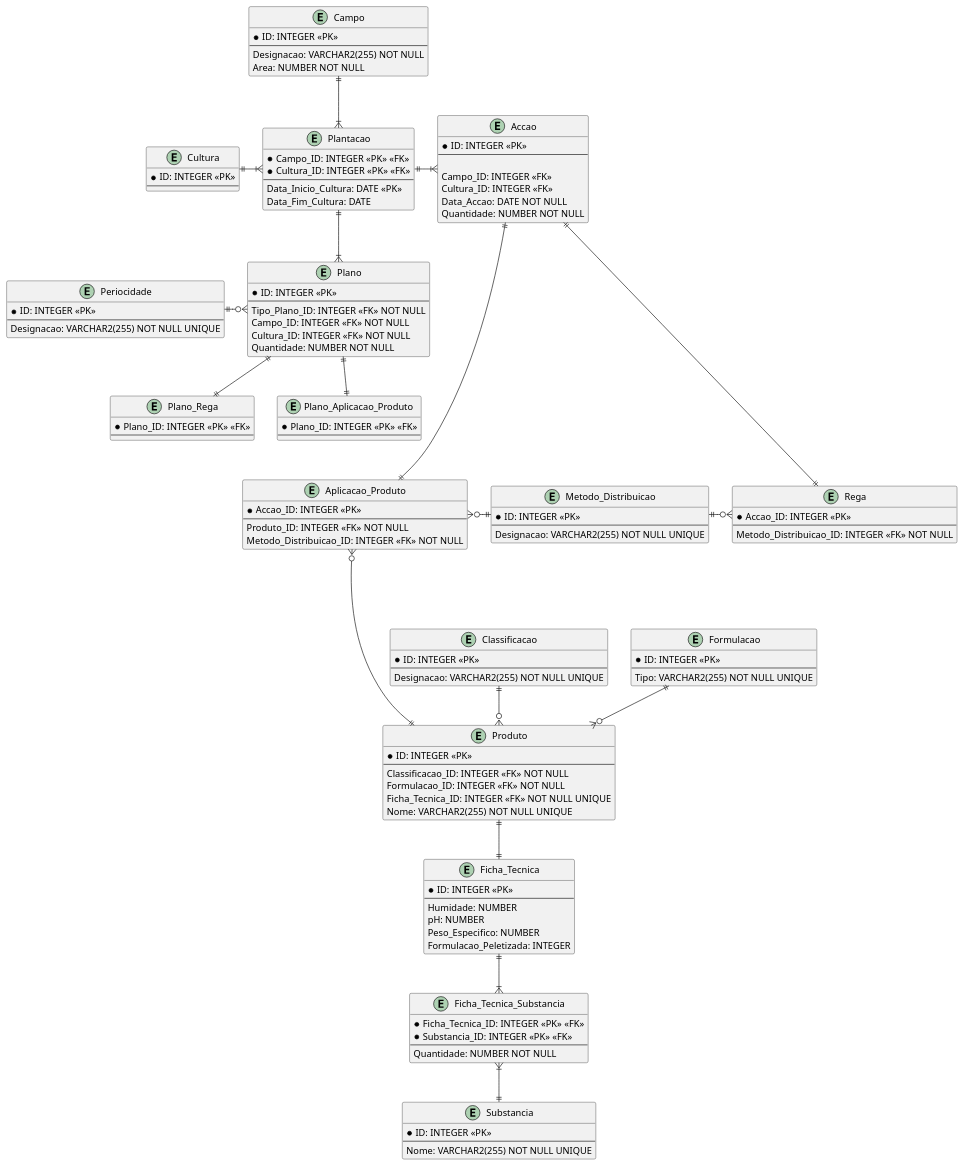
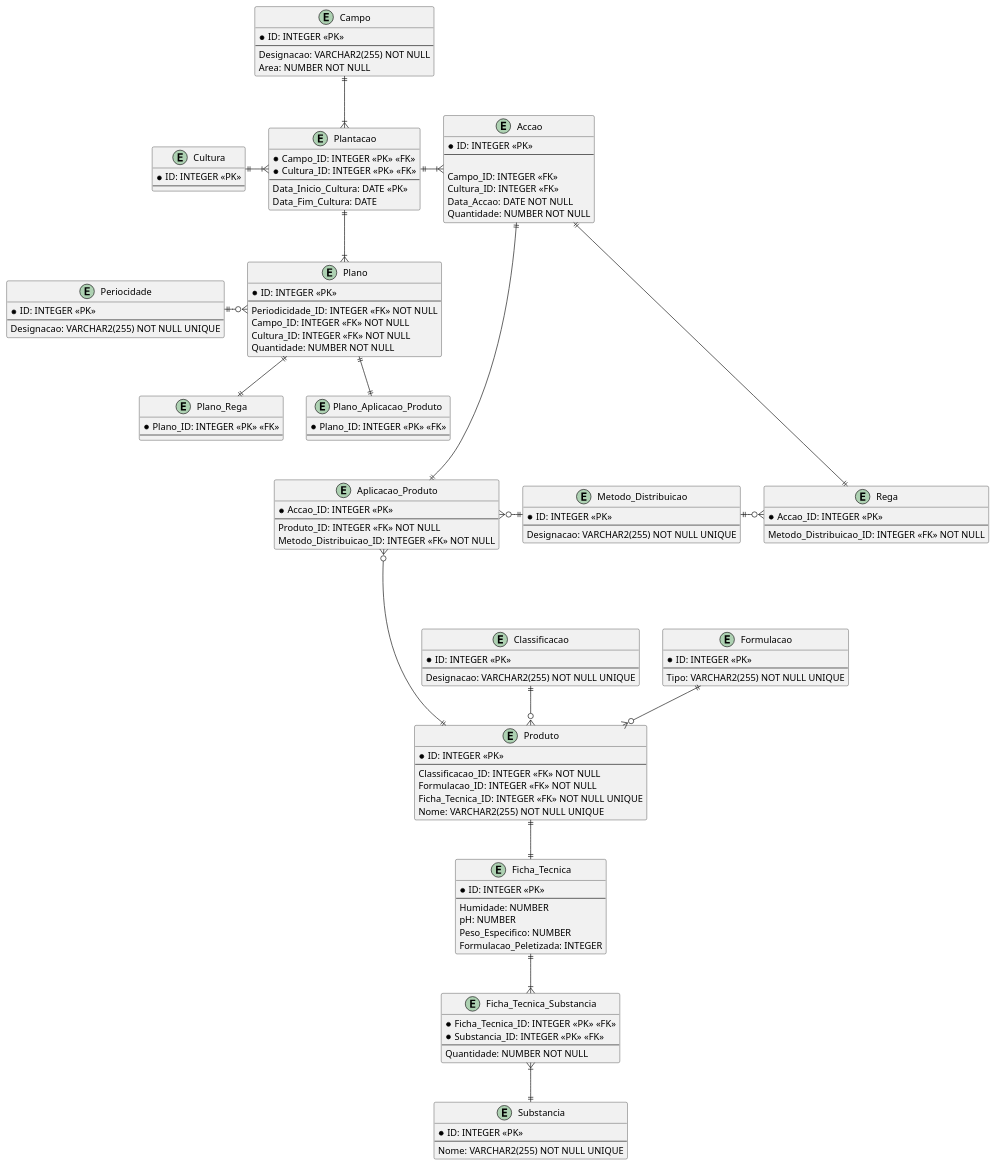
The diagram in BDDAD/Quinta-Manutenção.puml (Mendoncaa/LAPR3), drawn with PlantUML before and after one commit. The commit also changed 8 other files, not shown here.

```diff
--- a/BDDAD/Quinta-Manutenção.puml
+++ b/BDDAD/Quinta-Manutenção.puml
@@ -1,160 +1,160 @@
 @startuml Quinta-Manutenção
 
 /'TODO #1:- Verificar se a Designação de um Campo é única e se estas 
 devem seguir um conjunto de regras;'/
 /'TODO #2:- Determinar o valor minímo de uma qualquer Área;'/
 /'Constraints:- [[Area, CHECK(Area > Mínimo)]]'/
 entity Campo {
     * ID: INTEGER <<PK>>
     --
     Designacao: VARCHAR2(255) NOT NULL
     Area: NUMBER NOT NULL
 }
 
 /'Triggers:-
     #1: Verificar que uma Cultura não é simultaneamente uma Cultura_Temporaria
     e Cultura_Permanente;'/
 entity Cultura {
     * ID: INTEGER <<PK>>
     --
 }
 
 /'Constraints:- [[Campo_ID, Data_Inicio_Cultura, UNIQUE(Campo_ID, Data_Inicio_Cultura)], 
 [Data_Fim_Cultura, CHECK(Data_Fim_Cultura < Data_Inicio_Cultura)]]'/
 entity Plantacao {
     * Campo_ID: INTEGER <<PK>> <<FK>>
     * Cultura_ID: INTEGER <<PK>> <<FK>>
     --
     Data_Inicio_Cultura: DATE <<PK>>
     Data_Fim_Cultura: DATE
 }
 
 /'Constraints:- [[Quantidade, CHECK(Quantidade > 0)]]'/
 entity Accao {
     * ID: INTEGER <<PK>>
     --
 
     Campo_ID: INTEGER <<FK>>
     Cultura_ID: INTEGER <<FK>>
     Data_Accao: DATE NOT NULL
     Quantidade: NUMBER NOT NULL
 }
 
 entity Metodo_Distribuicao {
     * ID: INTEGER <<PK>>
     --
     Designacao: VARCHAR2(255) NOT NULL UNIQUE
 }
 
 entity Rega {
     * Accao_ID: INTEGER <<PK>>
     --
     Metodo_Distribuicao_ID: INTEGER <<FK>> NOT NULL
 }
 
 entity Aplicacao_Produto {
     * Accao_ID: INTEGER <<PK>>
     --
     Produto_ID: INTEGER <<FK>> NOT NULL
     Metodo_Distribuicao_ID: INTEGER <<FK>> NOT NULL
 }
 
 entity Produto {
     * ID: INTEGER <<PK>>
     --
     Classificacao_ID: INTEGER <<FK>> NOT NULL
     Formulacao_ID: INTEGER <<FK>> NOT NULL
     Ficha_Tecnica_ID: INTEGER <<FK>> NOT NULL UNIQUE
     Nome: VARCHAR2(255) NOT NULL UNIQUE
 }
 
 entity Classificacao {
     * ID: INTEGER <<PK>>
     --
     Designacao: VARCHAR2(255) NOT NULL UNIQUE
 }
 
 entity Formulacao {
     * ID: INTEGER <<PK>>
     --
     Tipo: VARCHAR2(255) NOT NULL UNIQUE
 }
 
 entity Ficha_Tecnica {
     * ID: INTEGER <<PK>>
     --
     Humidade: NUMBER
     pH: NUMBER
     Peso_Especifico: NUMBER
     Formulacao_Peletizada: INTEGER
 }
 
 entity Ficha_Tecnica_Substancia {
     * Ficha_Tecnica_ID: INTEGER <<PK>> <<FK>>
     * Substancia_ID: INTEGER <<PK>> <<FK>>
     --
     Quantidade: NUMBER NOT NULL
 }
 
 entity Substancia {
     * ID: INTEGER <<PK>>
     --
     Nome: VARCHAR2(255) NOT NULL UNIQUE
 }
 
 entity Plano {
     * ID: INTEGER <<PK>>
     --
-    Tipo_Plano_ID: INTEGER <<FK>> NOT NULL
+    Periodicidade_ID: INTEGER <<FK>> NOT NULL
     Campo_ID: INTEGER <<FK>> NOT NULL
     Cultura_ID: INTEGER <<FK>> NOT NULL
     Quantidade: NUMBER NOT NULL
 }
 
 entity Periocidade {
     * ID: INTEGER <<PK>>
     --
     Designacao: VARCHAR2(255) NOT NULL UNIQUE
 }
 
 entity Plano_Rega {
     * Plano_ID: INTEGER <<PK>> <<FK>>
     --
 }
 
 entity Plano_Aplicacao_Produto {
     * Plano_ID: INTEGER <<PK>> <<FK>>
     --
 }
 
 Campo ||-d-|{ Plantacao
 
 Cultura ||-r-|{ Plantacao
 
 Plantacao ||-r-|{ Accao
 Plantacao ||-d-|{ Plano
 
 Accao ||--d--|| Rega
 Accao ||--d--|| Aplicacao_Produto
 
 Metodo_Distribuicao ||-r-o{ Rega
 Metodo_Distribuicao ||-l-o{ Aplicacao_Produto
 
 Classificacao ||-d-o{ Produto
 
 Formulacao ||-d-o{ Produto
 
 Produto ||-d-|| Ficha_Tecnica
 Produto ||--u--o{ Aplicacao_Produto
 
 Ficha_Tecnica ||-d-|{ Ficha_Tecnica_Substancia
 
 Substancia ||-u-|{ Ficha_Tecnica_Substancia
 
 Periocidade ||-r-o{ Plano
 
 Plano_Rega ||-u-|| Plano
 
 Plano_Aplicacao_Produto ||-u-|| Plano
 
 @enduml
```
